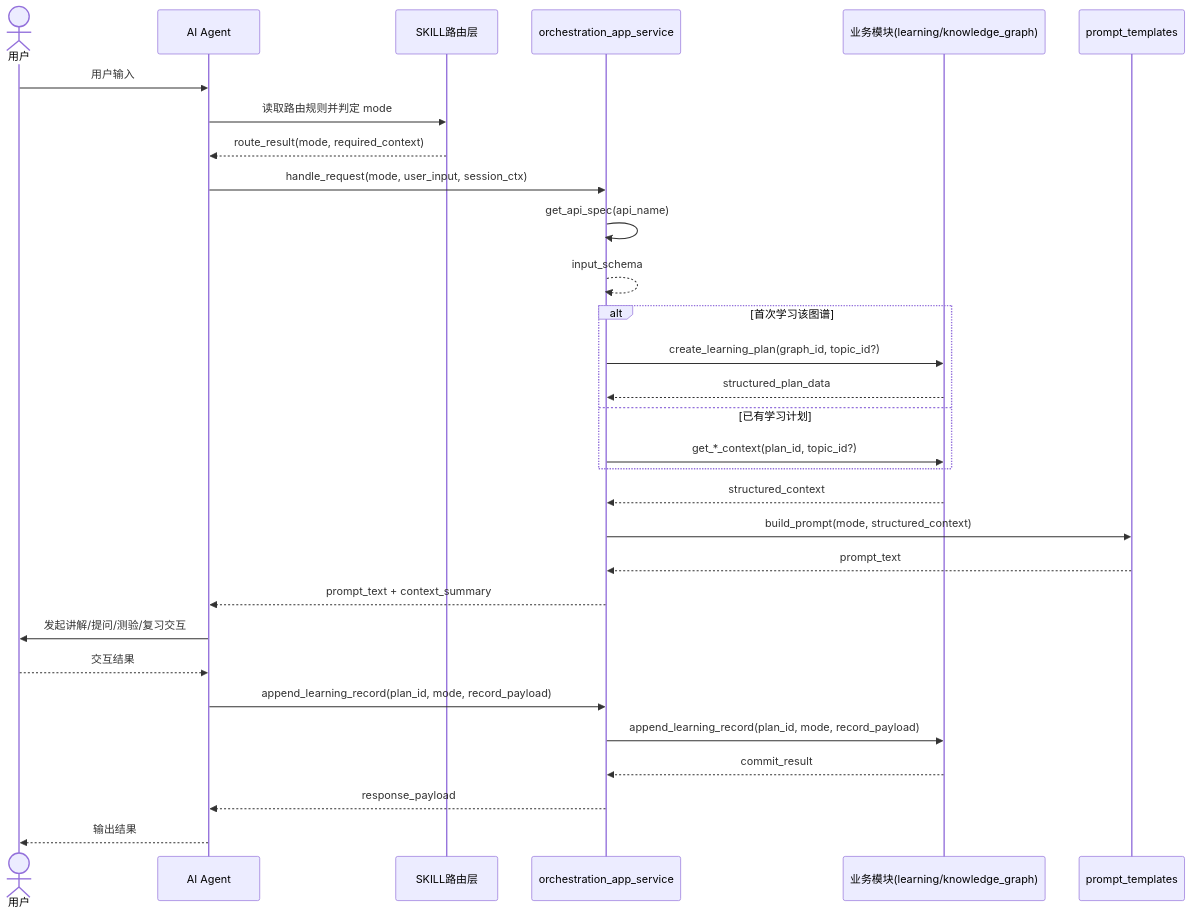
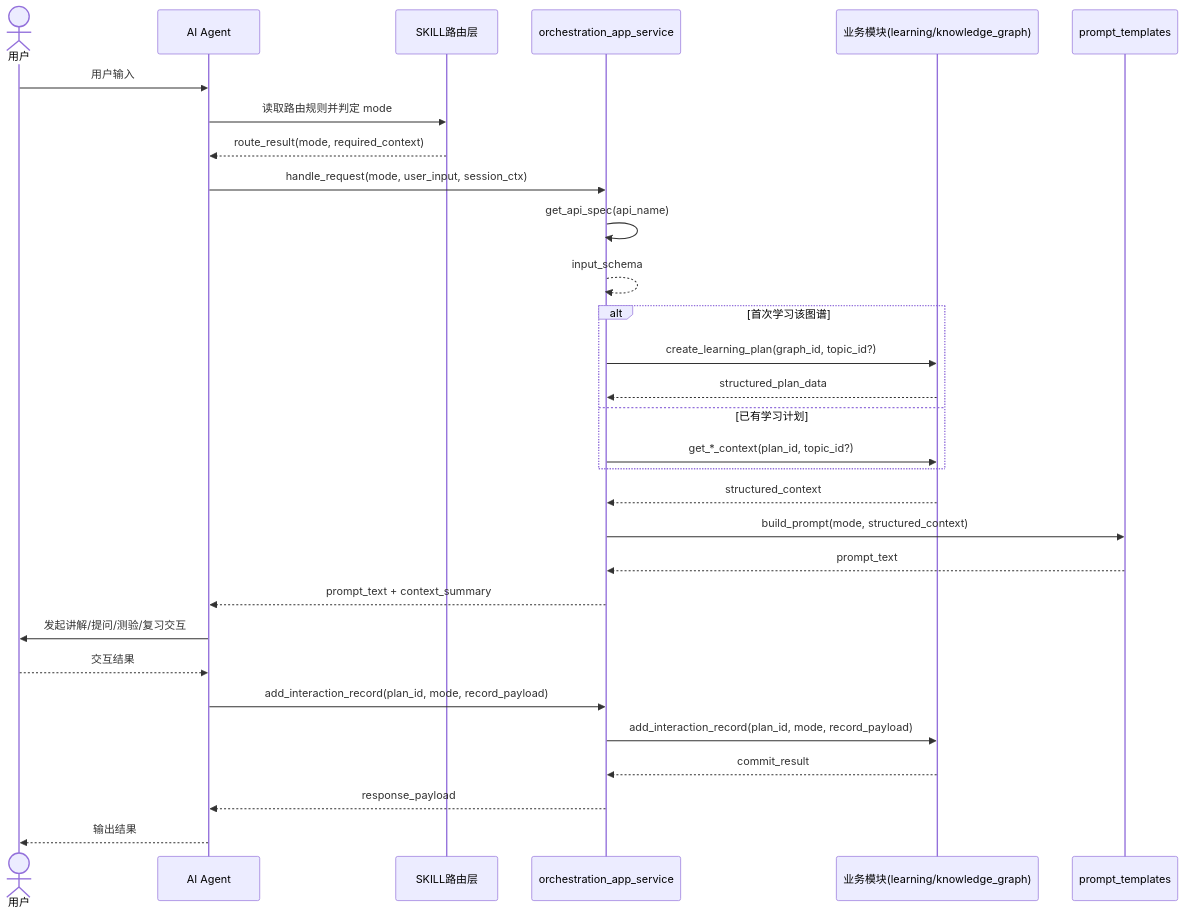
One commit to alavten/learn-socratic changed the seventh of 7 diagrams in docs/architecture-design.md. Above: the diagram before and after it, drawn with Mermaid. The commit also changed other lines of this file and 80 other files, not shown here.

````diff
--- a/docs/architecture-design.md
+++ b/docs/architecture-design.md
@@ -397,33 +397,33 @@
 ```mermaid
 sequenceDiagram
   actor User as 用户
   participant Agent as AI Agent
   participant L1 as SKILL路由层
   participant Orchestrator as orchestration_app_service
   participant BizModules as 业务模块(learning/knowledge_graph)
   participant Templates as prompt_templates
 
   User->>Agent: 用户输入
   Agent->>L1: 读取路由规则并判定 mode
   L1-->>Agent: route_result(mode, required_context)
   Agent->>Orchestrator: handle_request(mode, user_input, session_ctx)
   Orchestrator->>Orchestrator: get_api_spec(api_name)
   Orchestrator-->>Orchestrator: input_schema
   alt 首次学习该图谱
     Orchestrator->>BizModules: create_learning_plan(graph_id, topic_id?)
     BizModules-->>Orchestrator: structured_plan_data
   else 已有学习计划
     Orchestrator->>BizModules: get_*_context(plan_id, topic_id?)
   end
   BizModules-->>Orchestrator: structured_context
   Orchestrator->>Templates: build_prompt(mode, structured_context)
   Templates-->>Orchestrator: prompt_text
   Orchestrator-->>Agent: prompt_text + context_summary
   Agent->>User: 发起讲解/提问/测验/复习交互
   User-->>Agent: 交互结果
-  Agent->>Orchestrator: append_learning_record(plan_id, mode, record_payload)
-  Orchestrator->>BizModules: append_learning_record(plan_id, mode, record_payload)
+  Agent->>Orchestrator: add_interaction_record(plan_id, mode, record_payload)
+  Orchestrator->>BizModules: add_interaction_record(plan_id, mode, record_payload)
   BizModules-->>Orchestrator: commit_result
   Orchestrator-->>Agent: response_payload
   Agent-->>User: 输出结果
 ```
````
